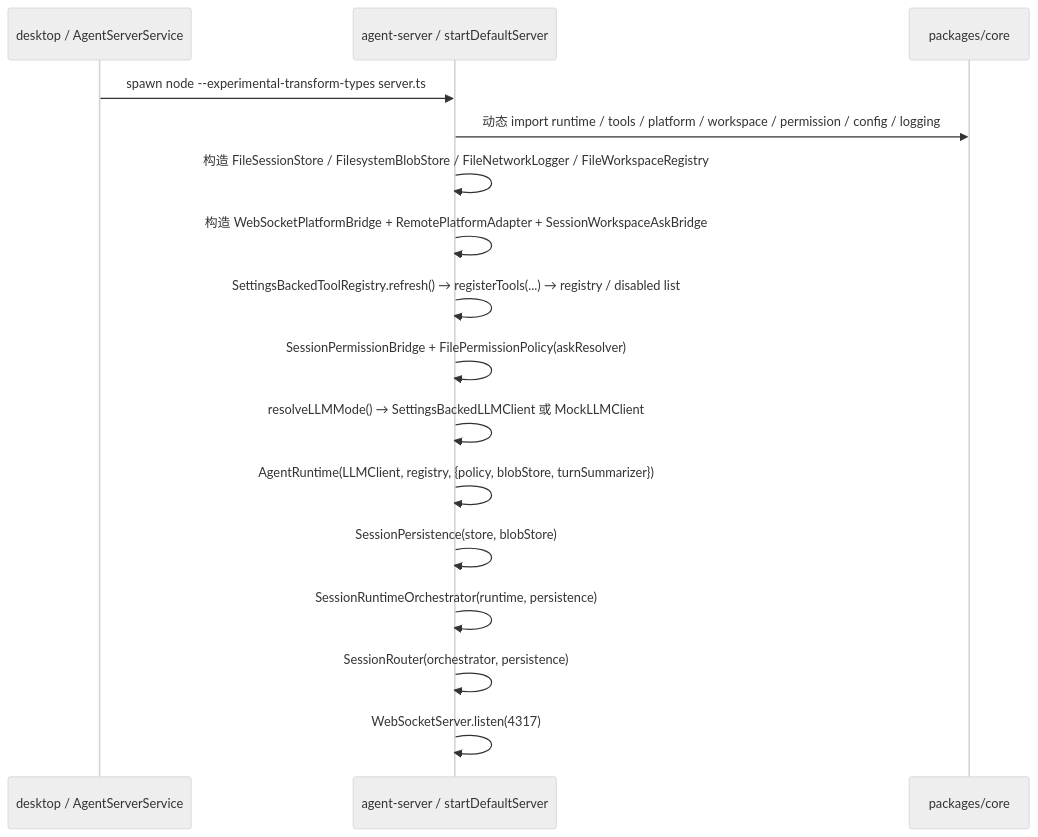
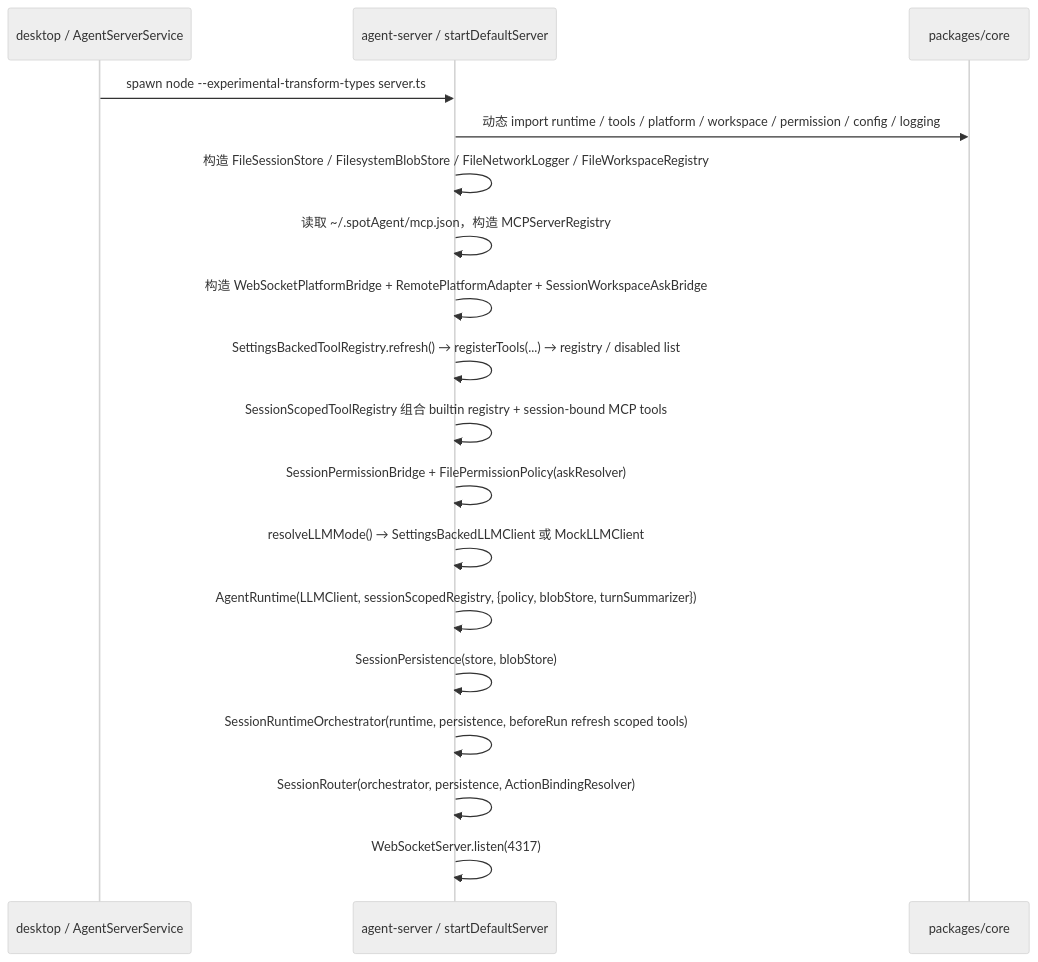
One commit to Lixuhang987/SpotAgent changed the diagram in apps/agent-server/agent-server.md. Above: the diagram before and after it, drawn with Mermaid (neutral theme). The commit also changed other lines of this file and 10 other files, not shown here.

Commit message:
docs: document action plugin mcp flow

````diff
--- a/apps/agent-server/agent-server.md
+++ b/apps/agent-server/agent-server.md
@@ -28,19 +31,21 @@
 ```mermaid
 sequenceDiagram
   participant Desktop as desktop / AgentServerService
   participant Server as agent-server / startDefaultServer
   participant Core as packages/core
 
   Desktop->>Server: spawn node --experimental-transform-types server.ts
   Server->>Core: 动态 import runtime / tools / platform / workspace / permission / config / logging
   Server->>Server: 构造 FileSessionStore / FilesystemBlobStore / FileNetworkLogger / FileWorkspaceRegistry
+  Server->>Server: 读取 ~/.spotAgent/mcp.json，构造 MCPServerRegistry
   Server->>Server: 构造 WebSocketPlatformBridge + RemotePlatformAdapter + SessionWorkspaceAskBridge
   Server->>Server: SettingsBackedToolRegistry.refresh() → registerTools(...) → registry / disabled list
+  Server->>Server: SessionScopedToolRegistry 组合 builtin registry + session-bound MCP tools
   Server->>Server: SessionPermissionBridge + FilePermissionPolicy(askResolver)
   Server->>Server: resolveLLMMode() → SettingsBackedLLMClient 或 MockLLMClient
-  Server->>Server: AgentRuntime(LLMClient, registry, {policy, blobStore, turnSummarizer})
+  Server->>Server: AgentRuntime(LLMClient, sessionScopedRegistry, {policy, blobStore, turnSummarizer})
   Server->>Server: SessionPersistence(store, blobStore)
-  Server->>Server: SessionRuntimeOrchestrator(runtime, persistence)
-  Server->>Server: SessionRouter(orchestrator, persistence)
+  Server->>Server: SessionRuntimeOrchestrator(runtime, persistence, beforeRun refresh scoped tools)
+  Server->>Server: SessionRouter(orchestrator, persistence, ActionBindingResolver)
   Server->>Server: WebSocketServer.listen(4317)
 ```
````
